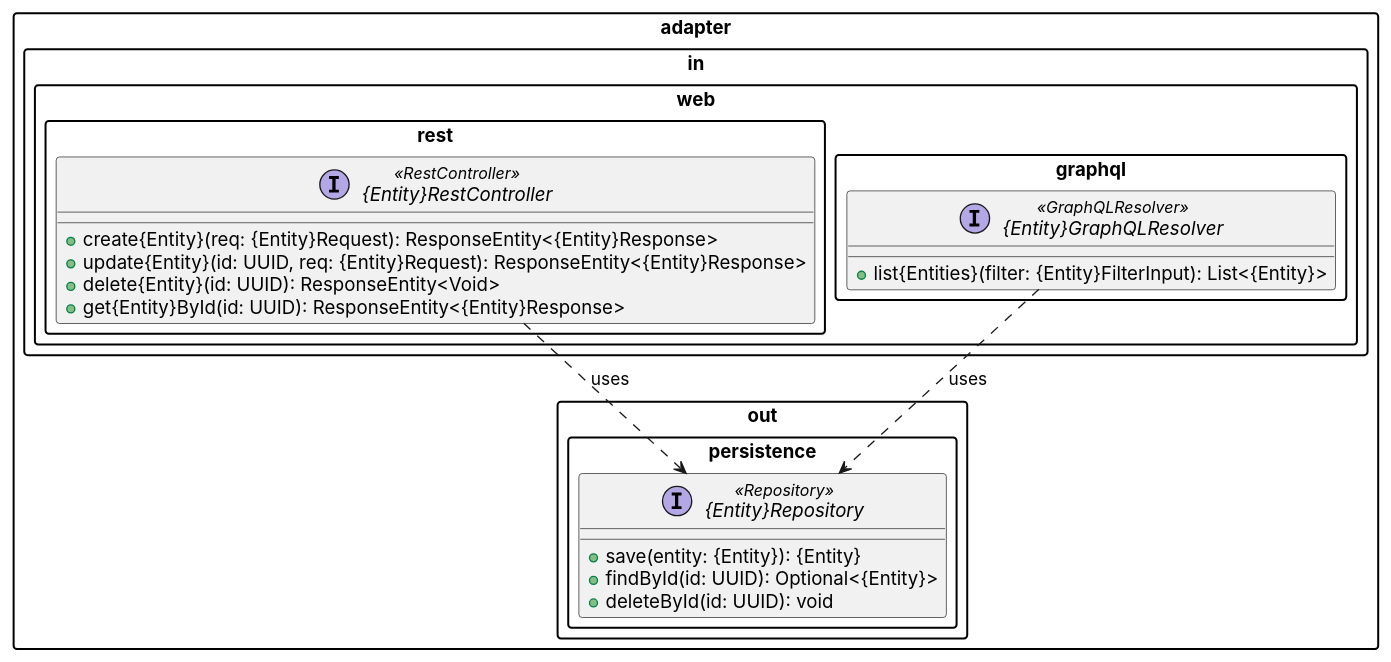
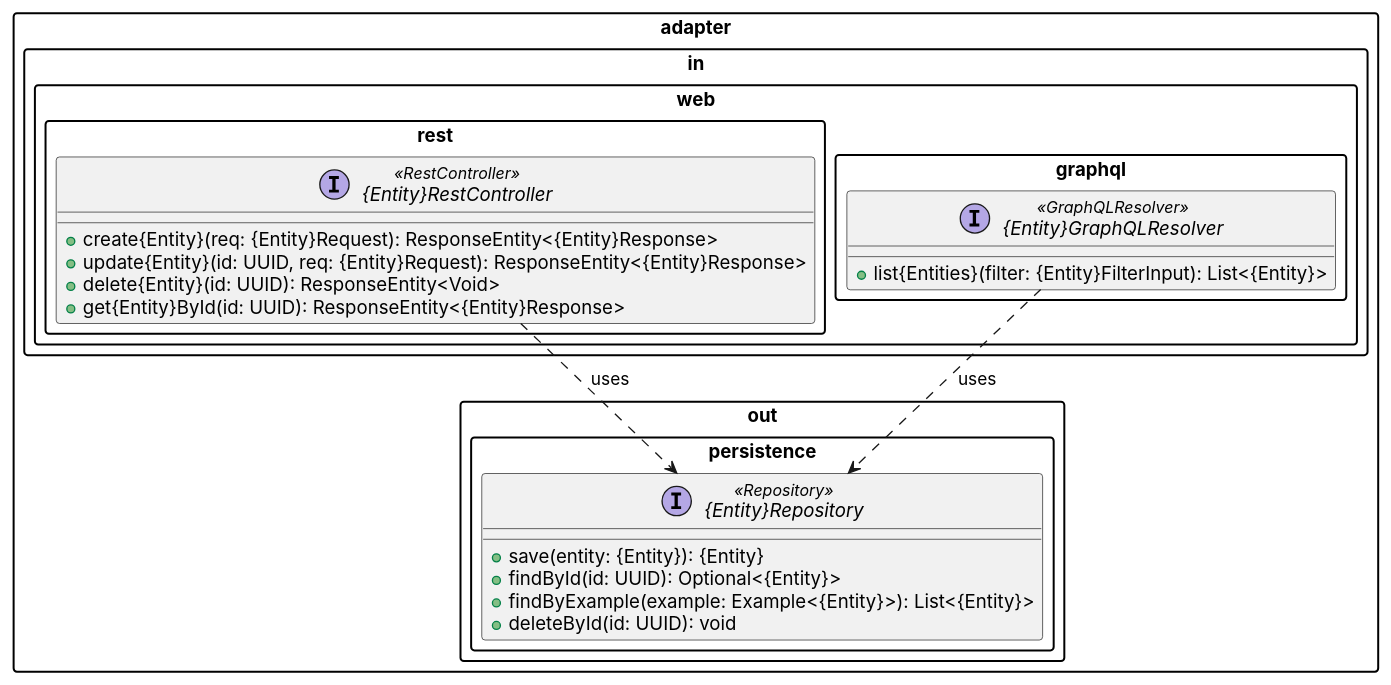
The diagram in .agents/skills/contract-generator/SKILL.md (linuschien/score-assistant), drawn with PlantUML before and after one commit. The commit also changed other lines of this file and 1 other file, not shown here.

Commit message:
feat: mandate findByExample repository method in contract specs and generator workflows to support GraphQL queries

````diff
--- a/.agents/skills/contract-generator/SKILL.md
+++ b/.agents/skills/contract-generator/SKILL.md
@@ -124,42 +125,43 @@
 ```plantuml
 @startuml {entity_name}_contract
 
 !pragma layout smetana
 skinparam packageStyle rectangle
 skinparam defaultFontName Inter
 
 package "adapter.in.web.rest" {
   interface "{Entity}RestController" <<RestController>> {
     ' --- Mutations ---
     + create{Entity}(req: {Entity}Request): ResponseEntity<{Entity}Response>
     + update{Entity}(id: UUID, req: {Entity}Request): ResponseEntity<{Entity}Response>
     + delete{Entity}(id: UUID): ResponseEntity<Void>
     ' --- Single-resource Query (optional) ---
     + get{Entity}ById(id: UUID): ResponseEntity<{Entity}Response>
     ' ... (only include verbs enabled by metadata)
   }
 }
 
 package "adapter.in.web.graphql" {
   interface "{Entity}GraphQLResolver" <<GraphQLResolver>> {
     ' --- Collection / Filtered Queries ---
     + list{Entities}(filter: {Entity}FilterInput): List<{Entity}>
     ' ... (only include query ops enabled by metadata)
   }
 }
 
 package "adapter.out.persistence" {
   interface "{Entity}Repository" <<Repository>> {
     + save(entity: {Entity}): {Entity}
     + findById(id: UUID): Optional<{Entity}>
+    + findByExample(example: Example<{Entity}>): List<{Entity}>
     + deleteById(id: UUID): void
     ' ... (only include ops enabled by metadata)
   }
 }
 
 ' === Dependency Arrows ===
 "{Entity}RestController"  ..> "{Entity}Repository" : uses
 "{Entity}GraphQLResolver" ..> "{Entity}Repository" : uses
 
 @enduml
 ```
````
